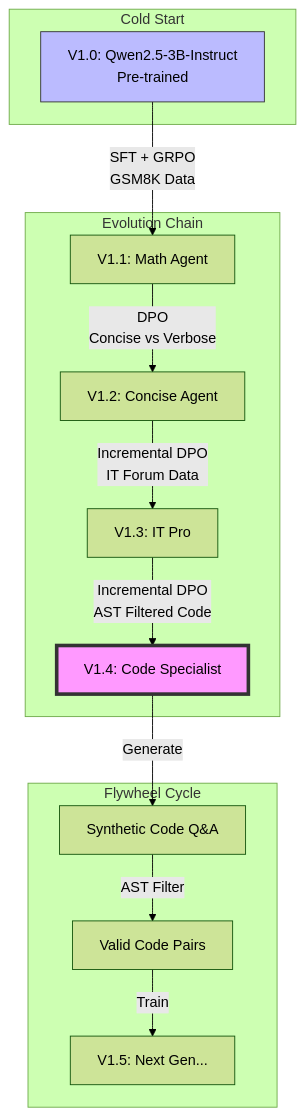
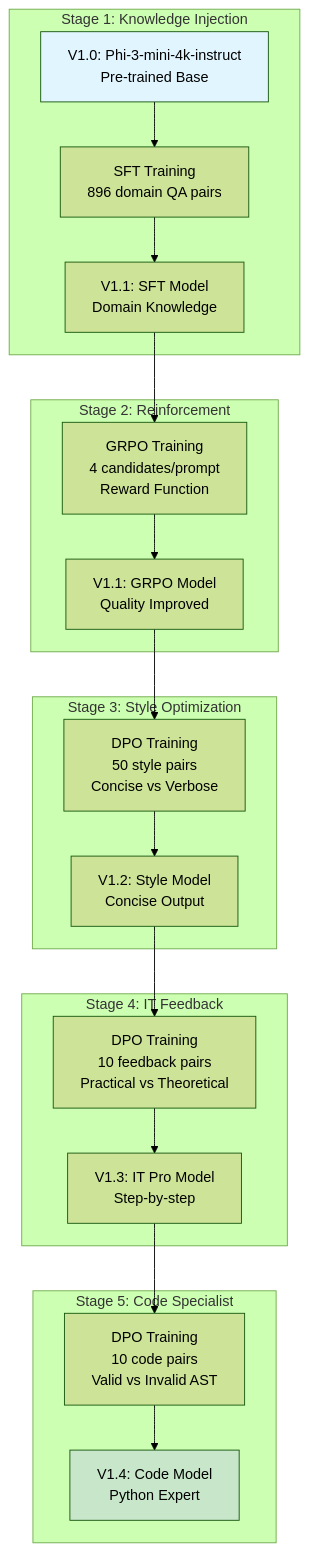
Before and after one commit to david-xinyuwei/david-share: the diagram in Deep-Learning/AIPC-Agent-Training/README.md, drawn with Mermaid (forest theme). The commit also changed other lines of this file and 23 other files, not shown here.

````diff
--- a/Deep-Learning/AIPC-Agent-Training/README.md
+++ b/Deep-Learning/AIPC-Agent-Training/README.md
@@ -42,22 +24,36 @@
 ```mermaid
-graph TD
-    subgraph "Cold Start"
-        V1_0[V1.0: Qwen2.5-3B-Instruct<br/>Pre-trained]
+graph TB
+    subgraph "Stage 1: Knowledge Injection"
+        V0[V1.0: Phi-3-mini-4k-instruct<br/>Pre-trained Base]
+        SFT[SFT Training<br/>896 domain QA pairs]
+        V1[V1.1: SFT Model<br/>Domain Knowledge]
+        V0 --> SFT --> V1
     end
     
-    subgraph "Evolution Chain"
-        V1_0 -->|SFT + GRPO<br/>GSM8K Data| V1_1[V1.1: Math Agent]
-        V1_1 -->|DPO<br/>Concise vs Verbose| V1_2[V1.2: Concise Agent]
-        V1_2 -->|Incremental DPO<br/>IT Forum Data| V1_3[V1.3: IT Pro]
-        V1_3 -->|Incremental DPO<br/>AST Filtered Code| V1_4[V1.4: Code Specialist]
+    subgraph "Stage 2: Reinforcement"
+        GRPO[GRPO Training<br/>4 candidates/prompt<br/>Reward Function]
+        V1_GRPO[V1.1: GRPO Model<br/>Quality Improved]
+        V1 --> GRPO --> V1_GRPO
     end
-
-    subgraph "Flywheel Cycle"
-        V1_4 -->|Generate| Data[Synthetic Code Q&A]
-        Data -->|AST Filter| Filtered[Valid Code Pairs]
-        Filtered -->|Train| V1_5[V1.5: Next Gen...]
+    
+    subgraph "Stage 3: Style Optimization"
+        DPO1[DPO Training<br/>50 style pairs<br/>Concise vs Verbose]
+        V2[V1.2: Style Model<br/>Concise Output]
+        V1_GRPO --> DPO1 --> V2
     end
-
-    style V1_4 fill:#f9f,stroke:#333,stroke-width:4px
-    style V1_0 fill:#bbf,stroke:#333
+    
+    subgraph "Stage 4: IT Feedback"
+        DPO2[DPO Training<br/>10 feedback pairs<br/>Practical vs Theoretical]
+        V3[V1.3: IT Pro Model<br/>Step-by-step]
+        V2 --> DPO2 --> V3
+    end
+    
+    subgraph "Stage 5: Code Specialist"
+        DPO3[DPO Training<br/>10 code pairs<br/>Valid vs Invalid AST]
+        V4[V1.4: Code Model<br/>Python Expert]
+        V3 --> DPO3 --> V4
+    end
+    
+    style V0 fill:#e1f5fe
+    style V4 fill:#c8e6c9
 ```
````
